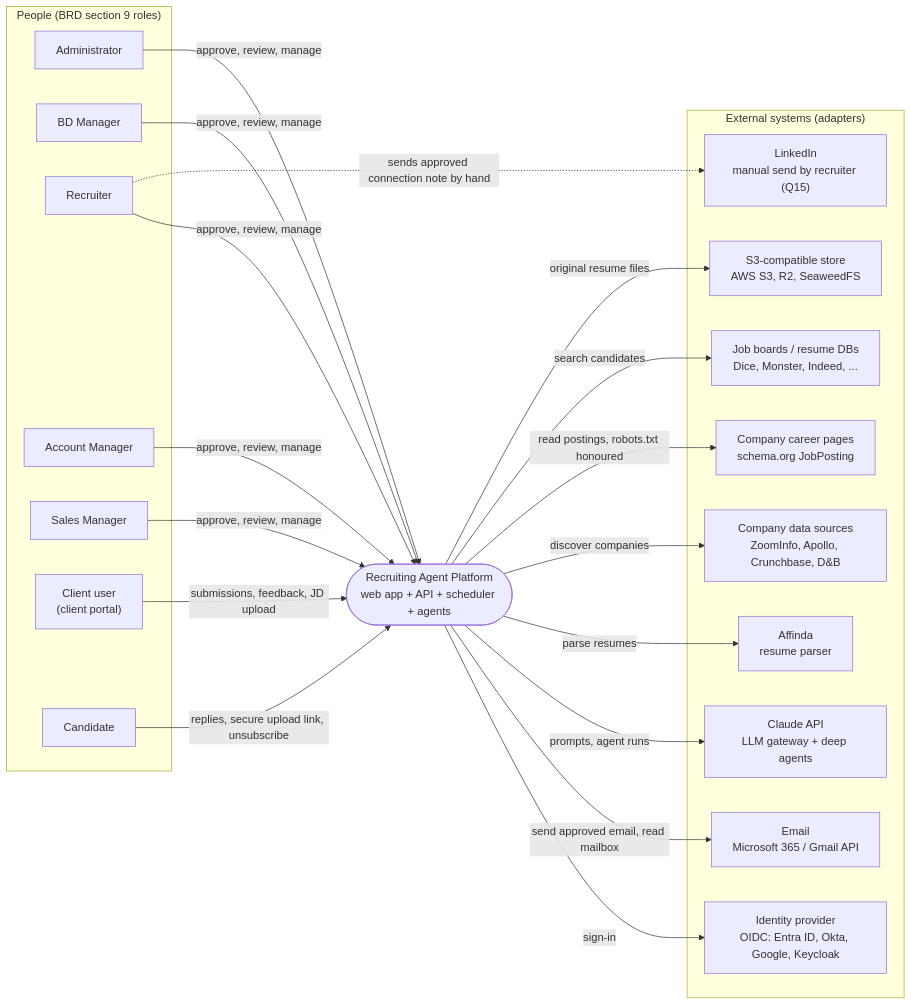
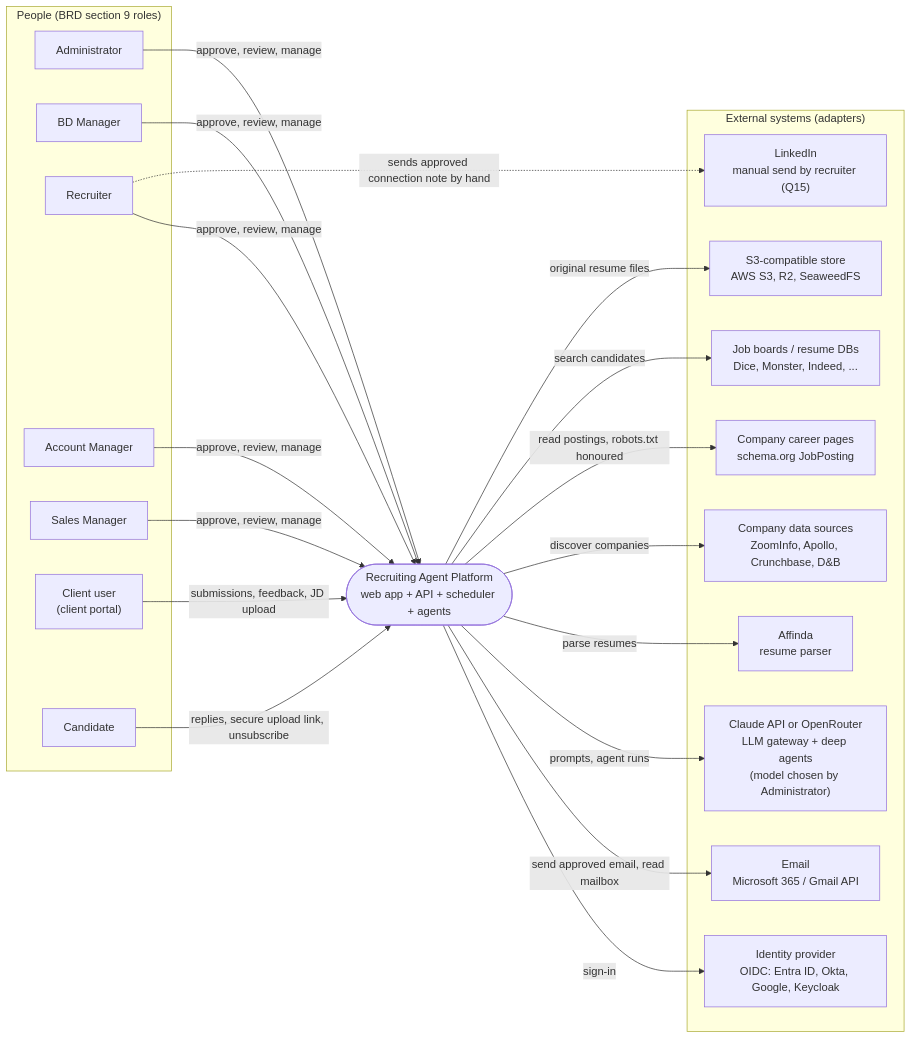
Before and after one commit to marripavankumar/recruiting-agent-platform: the first of 21 diagrams in architecture.md, drawn with Mermaid. The commit also changed other lines of this file and 20 other files, not shown here.

First line of the commit message:
OpenRouter as an LLM provider, with the model chosen from a live Premium / Basic / Free list

````diff
--- a/architecture.md
+++ b/architecture.md
@@ -28,40 +28,40 @@
 ```mermaid
 flowchart LR
     subgraph People["People (BRD section 9 roles)"]
         ADM["Administrator"]
         BD["BD Manager"]
         REC["Recruiter"]
         AM["Account Manager"]
         SM["Sales Manager"]
         CLI["Client user<br/>(client portal)"]
         CAND["Candidate"]
     end
 
     RAP(["Recruiting Agent Platform<br/>web app + API + scheduler + agents"])
 
     subgraph External["External systems (adapters)"]
         IDP["Identity provider<br/>OIDC: Entra ID, Okta, Google, Keycloak"]
         MAIL["Email<br/>Microsoft 365 / Gmail API"]
-        CLAUDE["Claude API<br/>LLM gateway + deep agents"]
+        CLAUDE["Claude API or OpenRouter<br/>LLM gateway + deep agents<br/>(model chosen by Administrator)"]
         AFF["Affinda<br/>resume parser"]
         DATA["Company data sources<br/>ZoomInfo, Apollo, Crunchbase, D&B"]
         CAREER["Company career pages<br/>schema.org JobPosting"]
         BOARDS["Job boards / resume DBs<br/>Dice, Monster, Indeed, ..."]
         LI["LinkedIn<br/>manual send by recruiter (Q15)"]
         S3["S3-compatible store<br/>AWS S3, R2, SeaweedFS"]
     end
 
     ADM & BD & REC & AM & SM -->|"approve, review, manage"| RAP
     CLI -->|"submissions, feedback, JD upload"| RAP
     CAND -->|"replies, secure upload link, unsubscribe"| RAP
 
     RAP -->|"sign-in"| IDP
     RAP -->|"send approved email, read mailbox"| MAIL
     RAP -->|"prompts, agent runs"| CLAUDE
     RAP -->|"parse resumes"| AFF
     RAP -->|"discover companies"| DATA
     RAP -->|"read postings, robots.txt honoured"| CAREER
     RAP -->|"search candidates"| BOARDS
     REC -.->|"sends approved connection note by hand"| LI
     RAP -->|"original resume files"| S3
 ```
````
